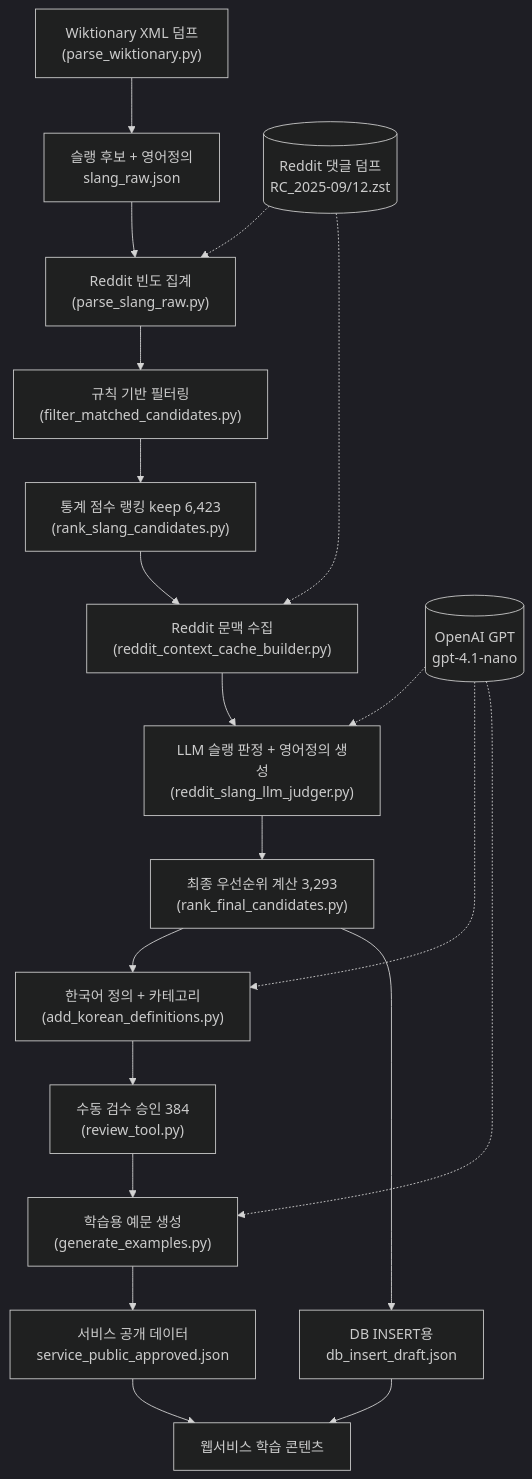
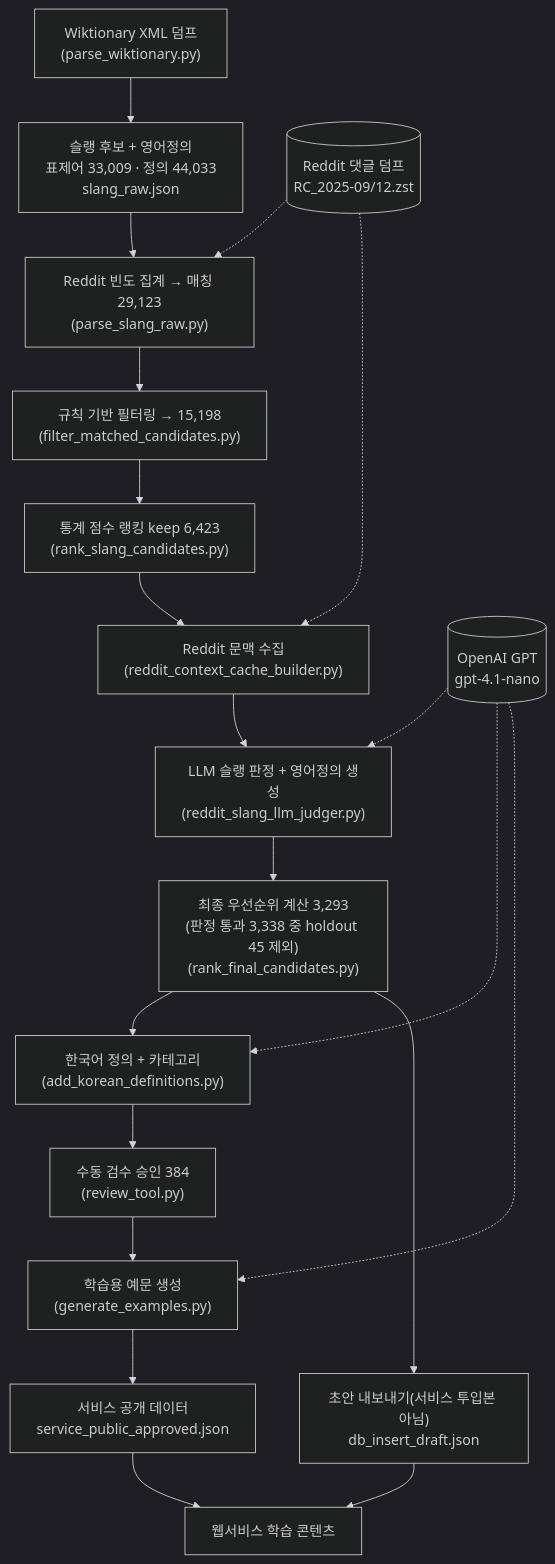
The diagram in DATA_REPORT_FINAL.md (kimdoodoo12/english-inssa-data-pipeline), drawn with Mermaid (dark theme) before and after one commit. The commit also changed other lines of this file and 5 other files, not shown here.

````diff
--- a/DATA_REPORT_FINAL.md
+++ b/DATA_REPORT_FINAL.md
@@ -164,23 +165,23 @@
 ```mermaid
 flowchart TD
-    A["Wiktionary XML 덤프<br/>(parse_wiktionary.py)"] --> B["슬랭 후보 + 영어정의<br/>slang_raw.json"]
-    B --> C["Reddit 빈도 집계<br/>(parse_slang_raw.py)"]
-    C --> D["규칙 기반 필터링<br/>(filter_matched_candidates.py)"]
+    A["Wiktionary XML 덤프<br/>(parse_wiktionary.py)"] --> B["슬랭 후보 + 영어정의<br/>표제어 33,009 · 정의 44,033<br/>slang_raw.json"]
+    B --> C["Reddit 빈도 집계 → 매칭 29,123<br/>(parse_slang_raw.py)"]
+    C --> D["규칙 기반 필터링 → 15,198<br/>(filter_matched_candidates.py)"]
     D --> E["통계 점수 랭킹 keep 6,423<br/>(rank_slang_candidates.py)"]
     E --> F["Reddit 문맥 수집<br/>(reddit_context_cache_builder.py)"]
     F --> G["LLM 슬랭 판정 + 영어정의 생성<br/>(reddit_slang_llm_judger.py)"]
-    G --> H["최종 우선순위 계산 3,293<br/>(rank_final_candidates.py)"]
+    G --> H["최종 우선순위 계산 3,293<br/>(판정 통과 3,338 중 holdout 45 제외)<br/>(rank_final_candidates.py)"]
     H --> I["한국어 정의 + 카테고리<br/>(add_korean_definitions.py)"]
     I --> J["수동 검수 승인 384<br/>(review_tool.py)"]
     J --> K["학습용 예문 생성<br/>(generate_examples.py)"]
     K --> L["서비스 공개 데이터<br/>service_public_approved.json"]
-    H --> M["DB INSERT용<br/>db_insert_draft.json"]
+    H --> M["초안 내보내기(서비스 투입본 아님)<br/>db_insert_draft.json"]
     L --> N["웹서비스 학습 콘텐츠"]
     M --> N
 
     R[("Reddit 댓글 덤프<br/>RC_2025-09/12.zst")] -.-> C
     R -.-> F
     O[("OpenAI GPT<br/>gpt-4.1-nano")] -.-> G
     O -.-> I
     O -.-> K
 ```
````
